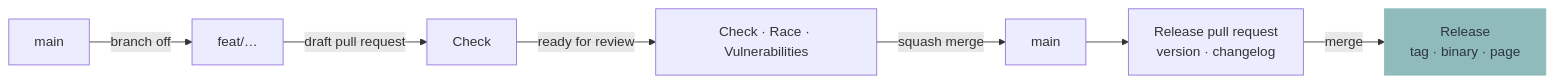
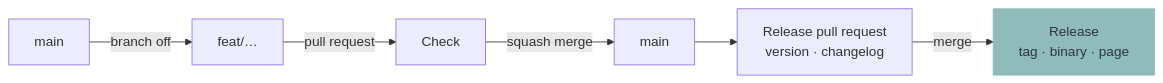
The diagram in docs/CONTRIBUTING.md (murkl/oak), drawn with Mermaid before and after one commit. The commit also changed other lines of this file and 7 other files, not shown here.

Commit message:
ci: one gate for every pull request, race tests in seconds, CodeQL for Go only (#55)

````diff
--- a/docs/CONTRIBUTING.md
+++ b/docs/CONTRIBUTING.md
@@ -7,11 +7,10 @@
 ```mermaid
 flowchart LR
     M["main"] -->|branch off| B["feat/…"]
-    B -->|draft pull request| C["Check"]
-    C -->|ready for review| D["Check · Race · Vulnerabilities"]
-    D -->|squash merge| M2["main"]
+    B -->|pull request| C["Check"]
+    C -->|squash merge| M2["main"]
     M2 --> P["Release pull request<br/>version · changelog"]
     P -->|merge| R["Release<br/>tag · binary · page"]
 
     style R fill:#8fbcbb,stroke:#8fbcbb,color:#2e3440
 ```
````
